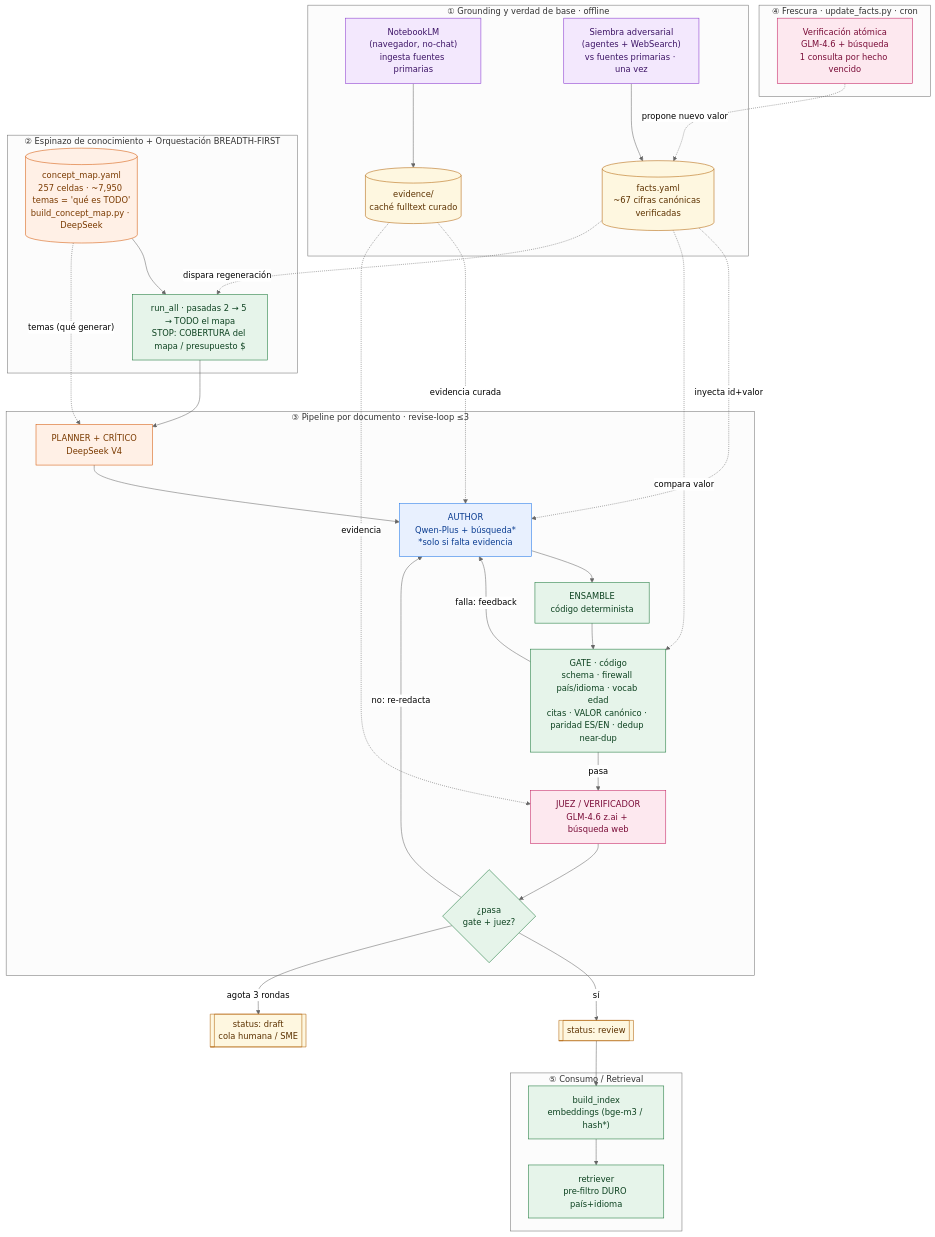
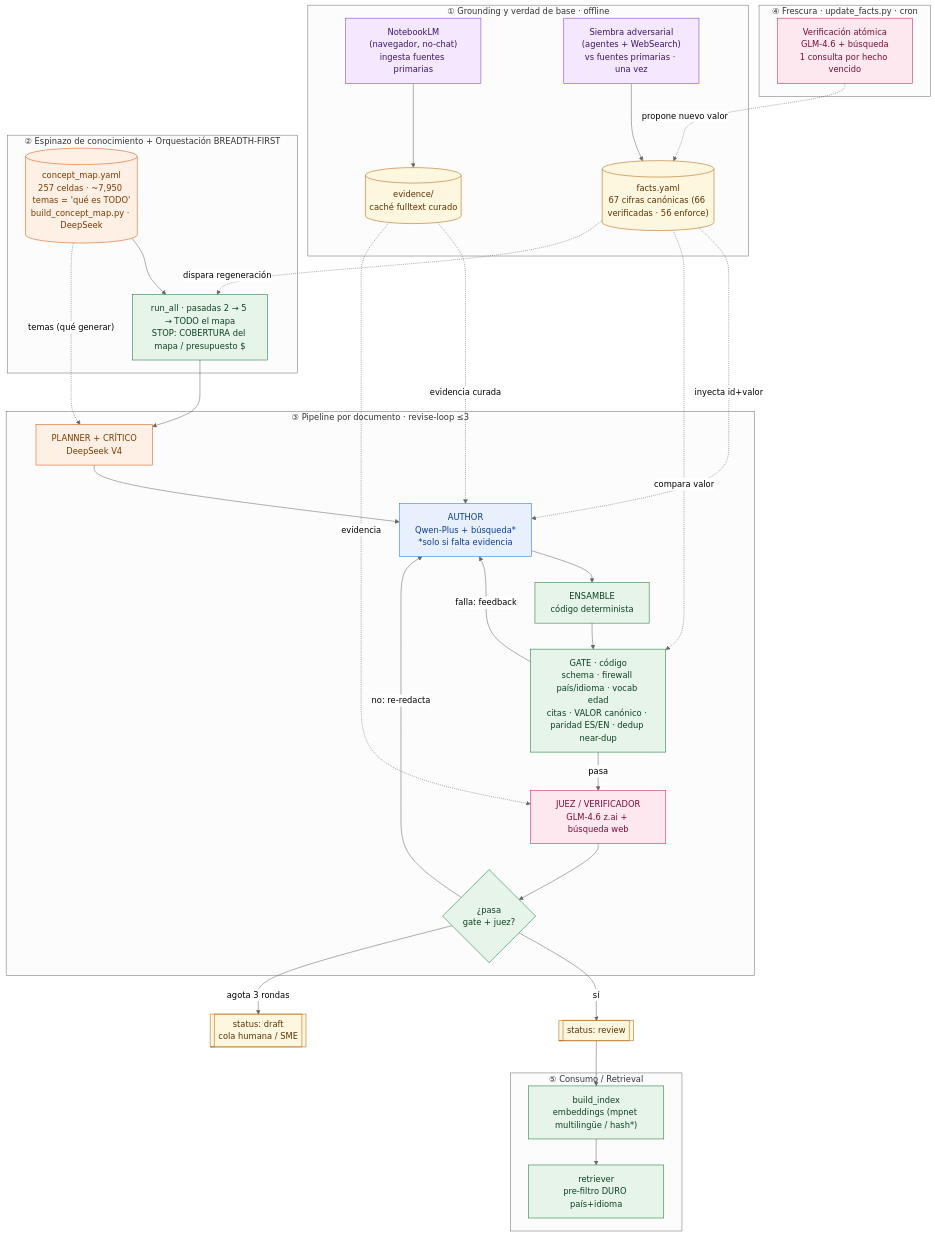
One commit to jesusvasquezjr3-littlefounders/LITTLEFOUNDERS-AI changed the diagram in littlefounders_brain/rag-llm-brain/ARCHITECTURE_V3.md. Above: the diagram before and after it, drawn with Mermaid (neutral theme). The commit also changed other lines of this file and 20 other files, not shown here.

````diff
--- a/littlefounders_brain/rag-llm-brain/ARCHITECTURE_V3.md
+++ b/littlefounders_brain/rag-llm-brain/ARCHITECTURE_V3.md
@@ -57,61 +73,61 @@
 ```mermaid
 flowchart TD
     classDef qwen fill:#e8f0fe,stroke:#1a73e8,color:#0b3d91;
     classDef glm fill:#fde8ef,stroke:#c2185b,color:#7a0c38;
     classDef code fill:#e6f4ea,stroke:#137333,color:#0d4220;
     classDef data fill:#fef7e0,stroke:#b06000,color:#5c3200;
     classDef ext fill:#f3e8fd,stroke:#8430ce,color:#3d1466;
     classDef deepseek fill:#fff0e6,stroke:#d35400,color:#7a3a00;
 
     subgraph G["① Grounding y verdad de base · offline"]
         NB["NotebookLM<br/>(navegador, no-chat)<br/>ingesta fuentes primarias"]:::ext
         EV[("evidence/<br/>caché fulltext curado")]:::data
         SEED["Siembra adversarial<br/>(agentes + WebSearch)<br/>vs fuentes primarias · una vez"]:::ext
-        FACTS[("facts.yaml<br/>~67 cifras canónicas verificadas")]:::data
+        FACTS[("facts.yaml<br/>67 cifras canónicas (66 verificadas · 56 enforce)")]:::data
         NB --> EV
         SEED --> FACTS
     end
 
     subgraph O["② Espinazo de conocimiento + Orquestación BREADTH-FIRST"]
         CMAP[("concept_map.yaml<br/>257 celdas · ~7,950 temas = 'qué es TODO'<br/>build_concept_map.py · DeepSeek")]:::deepseek
         PASS["run_all · pasadas 2 → 5 → TODO el mapa<br/>STOP: COBERTURA del mapa / presupuesto $"]:::code
         CMAP --> PASS
     end
 
     subgraph DOC["③ Pipeline por documento · revise-loop ≤3"]
         PL["PLANNER + CRÍTICO<br/>DeepSeek V4"]:::deepseek
         AU["AUTHOR<br/>Qwen-Plus + búsqueda*<br/>*solo si falta evidencia"]:::qwen
         AS["ENSAMBLE<br/>código determinista"]:::code
         GT["GATE · código<br/>schema · firewall país/idioma · vocab edad<br/>citas · VALOR canónico · paridad ES/EN · dedup near-dup"]:::code
         JU["JUEZ / VERIFICADOR<br/>GLM-4.6 z.ai + búsqueda web"]:::glm
         DEC{"¿pasa<br/>gate + juez?"}:::code
     end
 
     RV[["status: review"]]:::data
     DR[["status: draft<br/>cola humana / SME"]]:::data
 
     subgraph FR["④ Frescura · update_facts.py · cron"]
         UF["Verificación atómica<br/>GLM-4.6 + búsqueda<br/>1 consulta por hecho vencido"]:::glm
     end
 
     subgraph CO["⑤ Consumo / Retrieval"]
-        IDX["build_index<br/>embeddings (bge-m3 / hash*)"]:::code
+        IDX["build_index<br/>embeddings (mpnet multilingüe / hash*)"]:::code
         RET["retriever<br/>pre-filtro DURO país+idioma"]:::code
     end
 
     PASS --> PL --> AU --> AS --> GT
     CMAP -. temas (qué generar) .-> PL
     FACTS -. inyecta id+valor .-> AU
     EV -. evidencia curada .-> AU
     FACTS -. compara valor .-> GT
     GT -->|falla: feedback| AU
     GT -->|pasa| JU
     EV -. evidencia .-> JU
     JU --> DEC
     DEC -->|sí| RV
     DEC -->|no: re-redacta| AU
     DEC -->|agota 3 rondas| DR
     RV --> IDX --> RET
     UF -. propone nuevo valor .-> FACTS
     FACTS -. dispara regeneración .-> PASS
 ```
````
